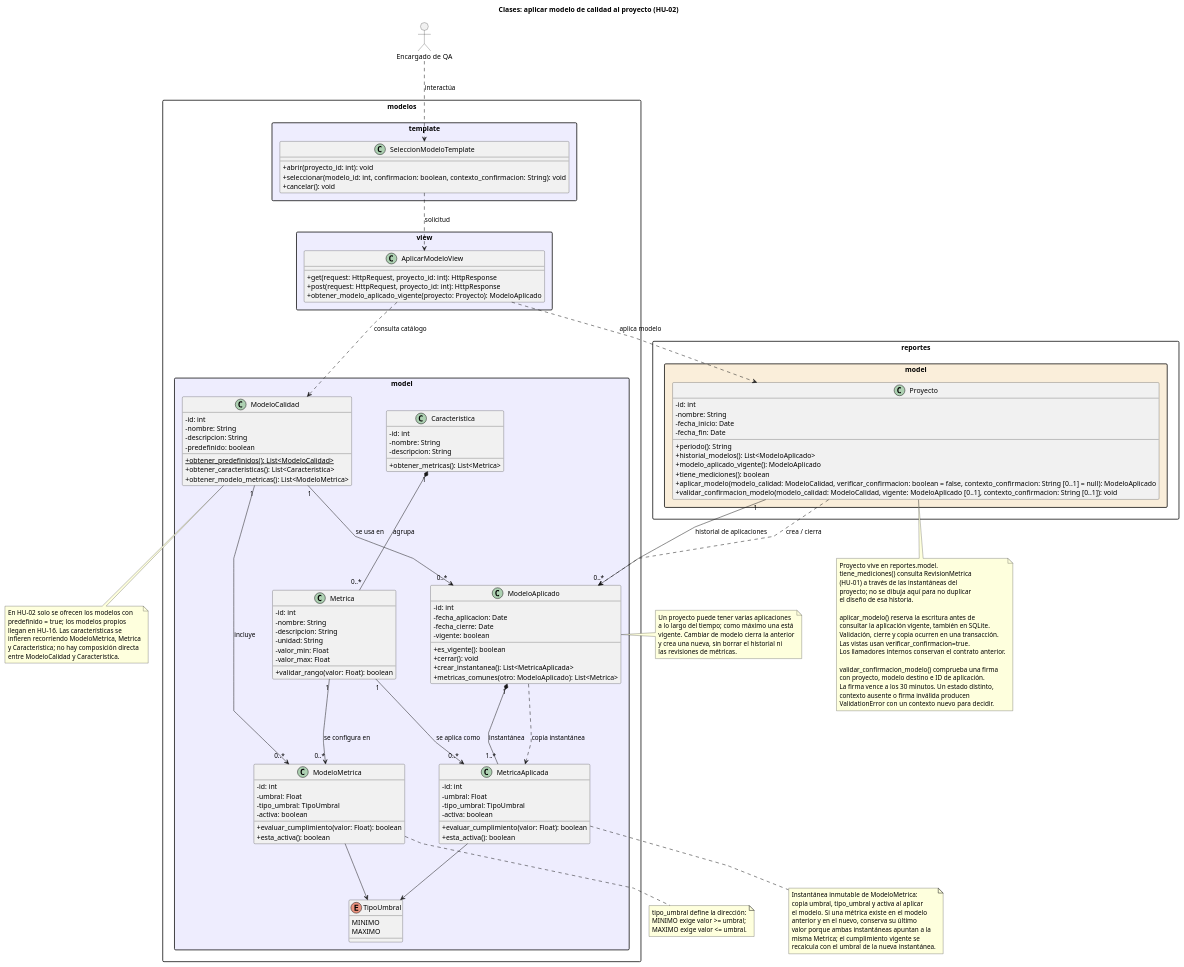
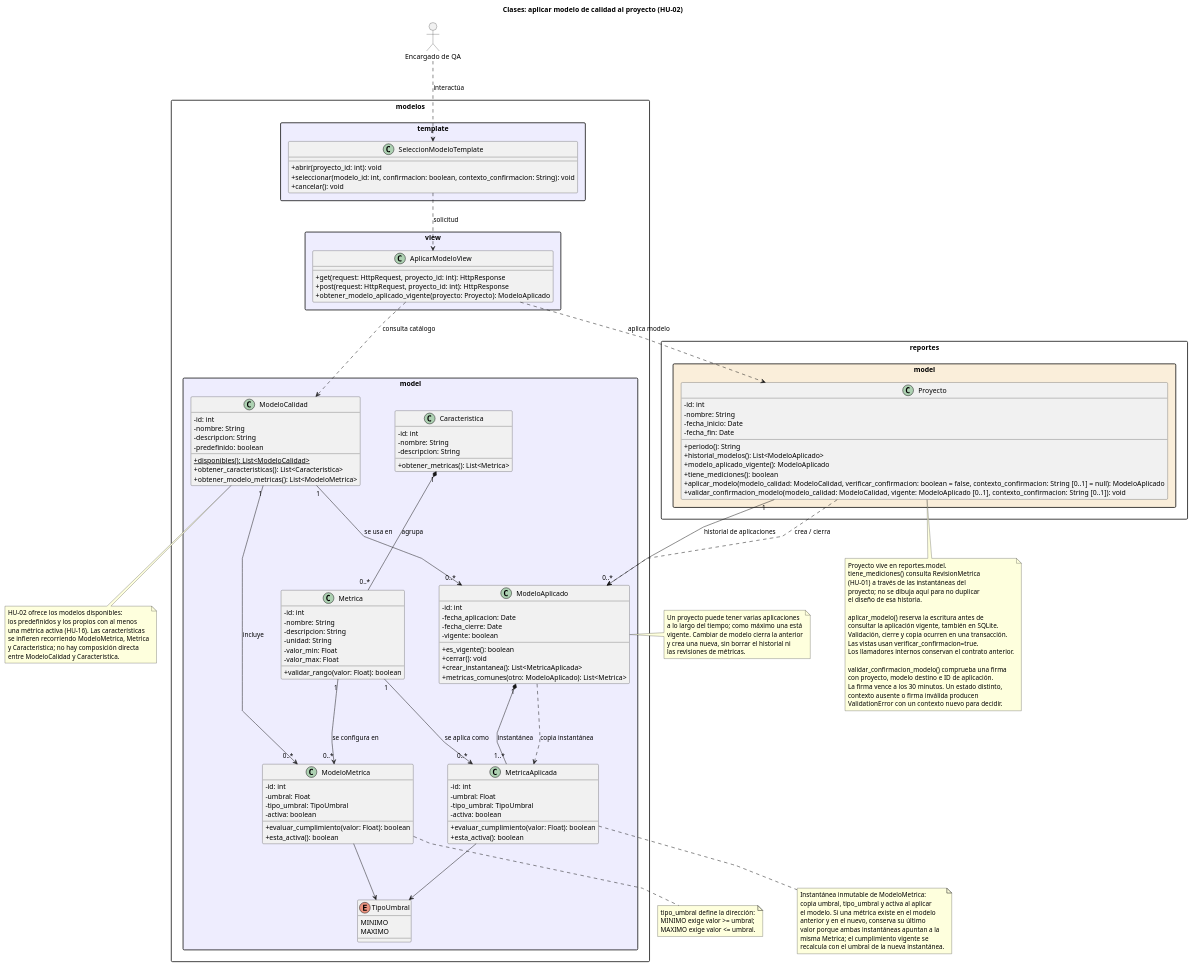
One commit to Josgtg/QA-Admin changed the diagram in diagrams_corregidos/clases/hu2_clases.puml. Above: the diagram before and after it, drawn with PlantUML. The commit also changed 18 other files, not shown here.

First line of the commit message:
Implementa modelos propios de calidad con metricas (HU-16)

```diff
--- a/diagrams_corregidos/clases/hu2_clases.puml
+++ b/diagrams_corregidos/clases/hu2_clases.puml
@@ -1,178 +1,178 @@
 @startuml hu2_clases
 allowmixing
 skinparam classAttributeIconSize 0
 skinparam shadowing false
 skinparam linetype polyline
 skinparam packageStyle rectangle
 skinparam nodesep 70
 skinparam ranksep 90
 top to bottom direction
 
 title Clases: aplicar modelo de calidad al proyecto (HU-02)
 
 actor "Encargado de QA" as Encargado
 
 package "modelos.template" #EEEDFE {
   class SeleccionModeloTemplate {
     + abrir(proyecto_id: int): void
     + seleccionar(modelo_id: int, confirmacion: boolean, contexto_confirmacion: String): void
     + cancelar(): void
   }
 }
 
 package "modelos.view" #EEEDFE {
   class AplicarModeloView {
     + get(request: HttpRequest, proyecto_id: int): HttpResponse
     + post(request: HttpRequest, proyecto_id: int): HttpResponse
     + obtener_modelo_aplicado_vigente(proyecto: Proyecto): ModeloAplicado
   }
 }
 
 package "reportes.model" #FAEEDA {
   class Proyecto {
     - id: int
     - nombre: String
     - fecha_inicio: Date
     - fecha_fin: Date
     + periodo(): String
     + historial_modelos(): List<ModeloAplicado>
     + modelo_aplicado_vigente(): ModeloAplicado
     + tiene_mediciones(): boolean
     + aplicar_modelo(modelo_calidad: ModeloCalidad, verificar_confirmacion: boolean = false, contexto_confirmacion: String [0..1] = null): ModeloAplicado
     + validar_confirmacion_modelo(modelo_calidad: ModeloCalidad, vigente: ModeloAplicado [0..1], contexto_confirmacion: String [0..1]): void
   }
 }
 
 package "modelos.model" #EEEDFE {
   enum TipoUmbral {
     MINIMO
     MAXIMO
   }
 
   class ModeloCalidad {
     - id: int
     - nombre: String
     - descripcion: String
     - predefinido: boolean
-    + {static} obtener_predefinidos(): List<ModeloCalidad>
+    + {static} disponibles(): List<ModeloCalidad>
     + obtener_caracteristicas(): List<Caracteristica>
     + obtener_modelo_metricas(): List<ModeloMetrica>
   }
 
   class Caracteristica {
     - id: int
     - nombre: String
     - descripcion: String
     + obtener_metricas(): List<Metrica>
   }
 
   class Metrica {
     - id: int
     - nombre: String
     - descripcion: String
     - unidad: String
     - valor_min: Float
     - valor_max: Float
     + validar_rango(valor: Float): boolean
   }
 
   class ModeloMetrica {
     - id: int
     - umbral: Float
     - tipo_umbral: TipoUmbral
     - activa: boolean
     + evaluar_cumplimiento(valor: Float): boolean
     + esta_activa(): boolean
   }
 
   class ModeloAplicado {
     - id: int
     - fecha_aplicacion: Date
     - fecha_cierre: Date
     - vigente: boolean
     + es_vigente(): boolean
     + cerrar(): void
     + crear_instantanea(): List<MetricaAplicada>
     + metricas_comunes(otro: ModeloAplicado): List<Metrica>
   }
 
   class MetricaAplicada {
     - id: int
     - umbral: Float
     - tipo_umbral: TipoUmbral
     - activa: boolean
     + evaluar_cumplimiento(valor: Float): boolean
     + esta_activa(): boolean
   }
 }
 
 ModeloCalidad "1" --> "0..*" ModeloMetrica : incluye
 Metrica "1" --> "0..*" ModeloMetrica : se configura en
 Caracteristica "1" *-- "0..*" Metrica : agrupa
 Proyecto "1" --> "0..*" ModeloAplicado : historial de aplicaciones
 ModeloCalidad "1" --> "0..*" ModeloAplicado : se usa en
 ModeloAplicado "1" *-- "1..*" MetricaAplicada : instantánea
 Metrica "1" --> "0..*" MetricaAplicada : se aplica como
 ModeloMetrica --> TipoUmbral
 MetricaAplicada --> TipoUmbral
 
 Encargado ..> SeleccionModeloTemplate : interactúa
 SeleccionModeloTemplate ..> AplicarModeloView : solicitud
 AplicarModeloView ..> Proyecto : aplica modelo
 AplicarModeloView ..> ModeloCalidad : consulta catálogo
 Proyecto ..> ModeloAplicado : crea / cierra
 ModeloAplicado ..> MetricaAplicada : copia instantánea
 
 note right of ModeloAplicado
   Un proyecto puede tener varias aplicaciones
   a lo largo del tiempo; como máximo una está
   vigente. Cambiar de modelo cierra la anterior
   y crea una nueva, sin borrar el historial ni
   las revisiones de métricas.
 end note
 
 note bottom of MetricaAplicada
   Instantánea inmutable de ModeloMetrica:
   copia umbral, tipo_umbral y activa al aplicar
   el modelo. Si una métrica existe en el modelo
   anterior y en el nuevo, conserva su último
   valor porque ambas instantáneas apuntan a la
   misma Metrica; el cumplimiento vigente se
   recalcula con el umbral de la nueva instantánea.
 end note
 
 note bottom of ModeloMetrica
   tipo_umbral define la dirección:
   MINIMO exige valor >= umbral;
   MAXIMO exige valor <= umbral.
 end note
 
 note bottom of Proyecto
   Proyecto vive en reportes.model.
   tiene_mediciones() consulta RevisionMetrica
   (HU-01) a través de las instantáneas del
   proyecto; no se dibuja aquí para no duplicar
   el diseño de esa historia.
 
   aplicar_modelo() reserva la escritura antes de
   consultar la aplicación vigente, también en SQLite.
   Validación, cierre y copia ocurren en una transacción.
   Las vistas usan verificar_confirmacion=true.
   Los llamadores internos conservan el contrato anterior.
 
   validar_confirmacion_modelo() comprueba una firma
   con proyecto, modelo destino e ID de aplicación.
   La firma vence a los 30 minutos. Un estado distinto,
   contexto ausente o firma inválida producen
   ValidationError con un contexto nuevo para decidir.
 end note
 
 note bottom of ModeloCalidad
-  En HU-02 solo se ofrecen los modelos con
-  predefinido = true; los modelos propios
-  llegan en HU-16. Las características se
-  infieren recorriendo ModeloMetrica, Metrica
+  HU-02 ofrece los modelos disponibles:
+  los predefinidos y los propios con al menos
+  una métrica activa (HU-16). Las características
+  se infieren recorriendo ModeloMetrica, Metrica
   y Caracteristica; no hay composición directa
   entre ModeloCalidad y Caracteristica.
 end note
 @enduml
```
